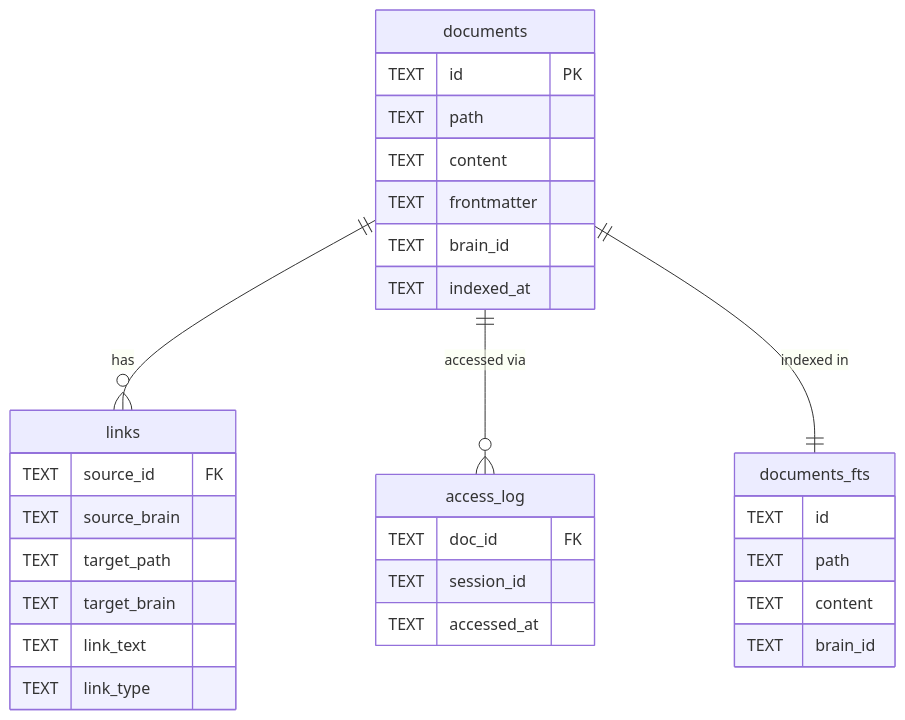
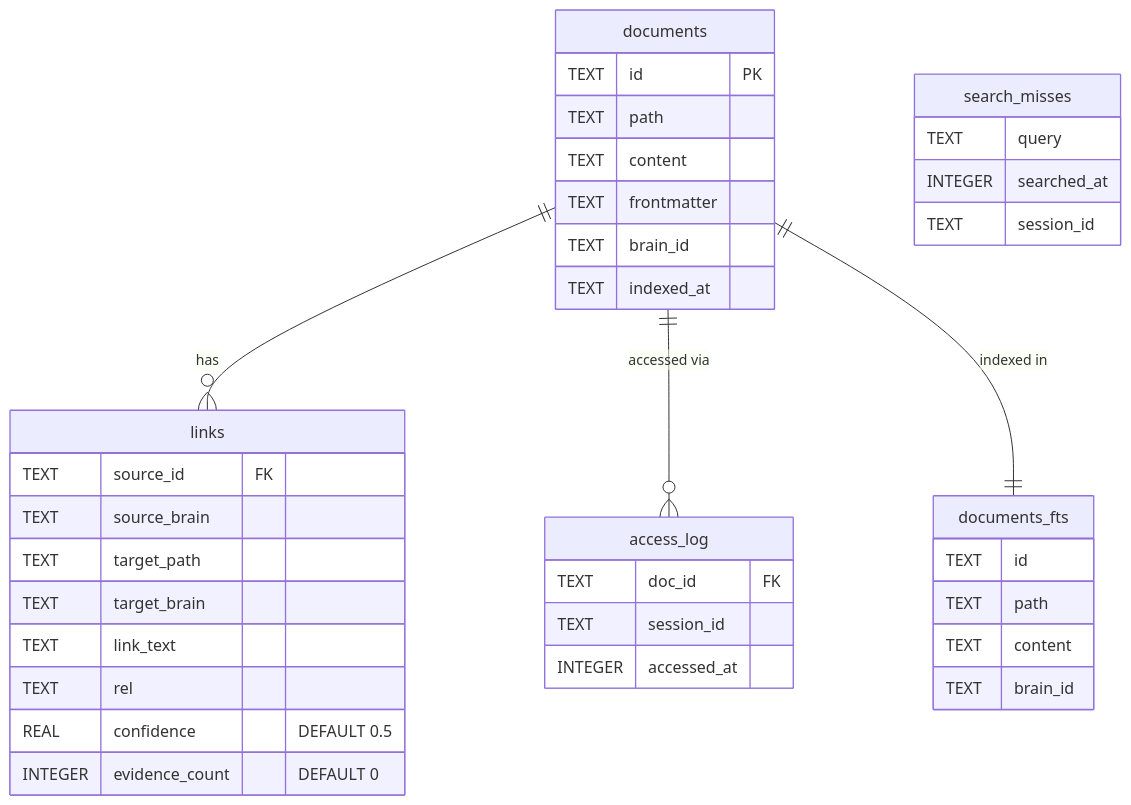
One commit to mikeparcewski/wicked-brain changed the third of 9 diagrams in ARCHITECTURE.md. Above: the diagram before and after it, drawn with Mermaid. The commit also changed other lines of this file and 13 other files, not shown here.

````diff
--- a/ARCHITECTURE.md
+++ b/ARCHITECTURE.md
@@ -113,34 +120,41 @@
 ```mermaid
 erDiagram
     documents {
         TEXT id PK
         TEXT path
         TEXT content
         TEXT frontmatter
         TEXT brain_id
         TEXT indexed_at
     }
     documents_fts {
         TEXT id
         TEXT path
         TEXT content
         TEXT brain_id
     }
     links {
         TEXT source_id FK
         TEXT source_brain
         TEXT target_path
         TEXT target_brain
         TEXT link_text
-        TEXT link_type
+        TEXT rel
+        REAL confidence "DEFAULT 0.5"
+        INTEGER evidence_count "DEFAULT 0"
     }
     access_log {
         TEXT doc_id FK
         TEXT session_id
-        TEXT accessed_at
+        INTEGER accessed_at
+    }
+    search_misses {
+        TEXT query
+        INTEGER searched_at
+        TEXT session_id
     }
 
     documents ||--o{ links : "has"
     documents ||--o{ access_log : "accessed via"
     documents ||--|| documents_fts : "indexed in"
 ```
````
